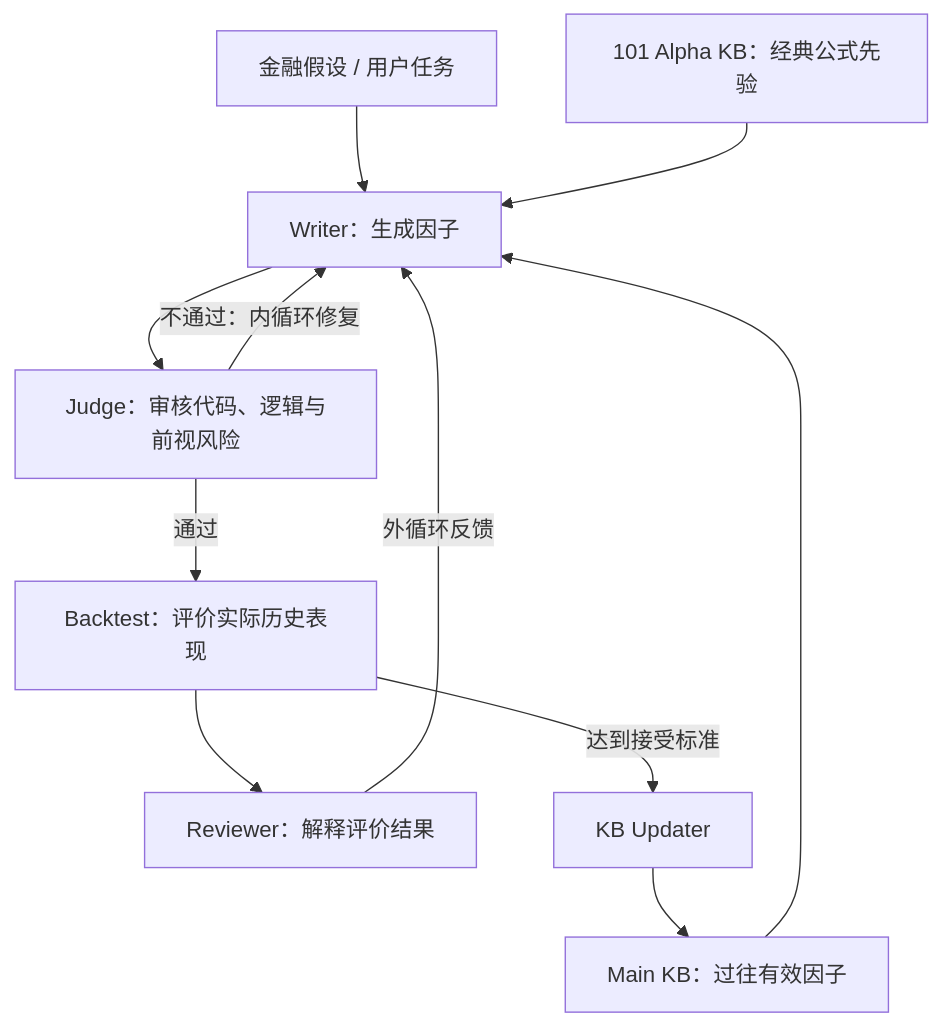
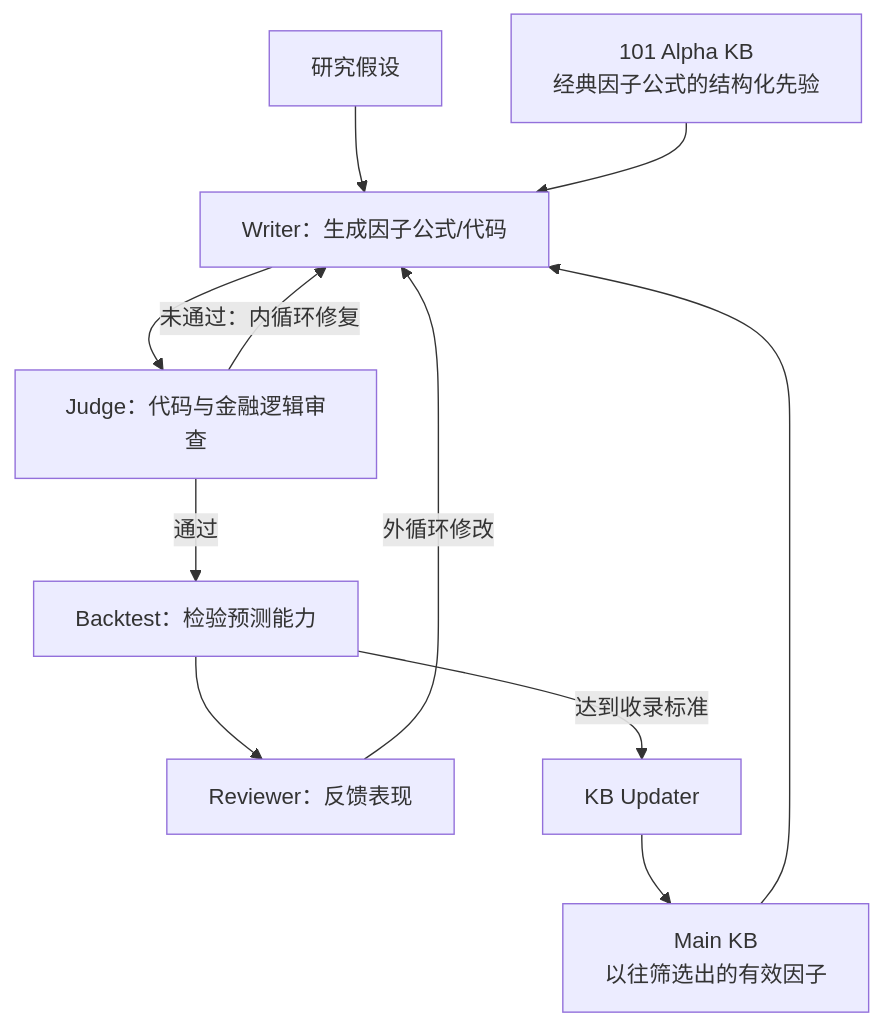
Before and after one commit to epshoron/JXwork: the diagram in papers/P001/README.md, drawn with Mermaid. The commit also changed other lines of this file, not shown here.

````diff
--- a/papers/P001/README.md
+++ b/papers/P001/README.md
@@ -16,13 +9,13 @@
 ```mermaid
-flowchart TD
-  H["金融假设 / 用户任务"] --> W["Writer：生成因子"]
-  K1["101 Alpha KB：经典公式先验"] --> W
-  K2["Main KB：过往有效因子"] --> W
-  W --> J["Judge：审核代码、逻辑与前视风险"]
-  J -- "不通过：内循环修复" --> W
-  J -- "通过" --> B["Backtest：评价实际历史表现"]
-  B --> R["Reviewer：解释评价结果"]
-  R -- "外循环反馈" --> W
-  B -- "达到接受标准" --> U["KB Updater"]
-  U --> K2
+flowchart TB
+    H["研究假设"] --> W["Writer：生成因子公式/代码"]
+    K1["101 Alpha KB<br/>经典因子公式的结构化先验"] --> W
+    K2["Main KB<br/>以往筛选出的有效因子"] --> W
+    W --> J["Judge：代码与金融逻辑审查"]
+    J -- "未通过：内循环修复" --> W
+    J -- "通过" --> B["Backtest：检验预测能力"]
+    B --> R["Reviewer：反馈表现"]
+    R -- "外循环修改" --> W
+    B -- "达到收录标准" --> U["KB Updater"]
+    U --> K2
 ```
````
